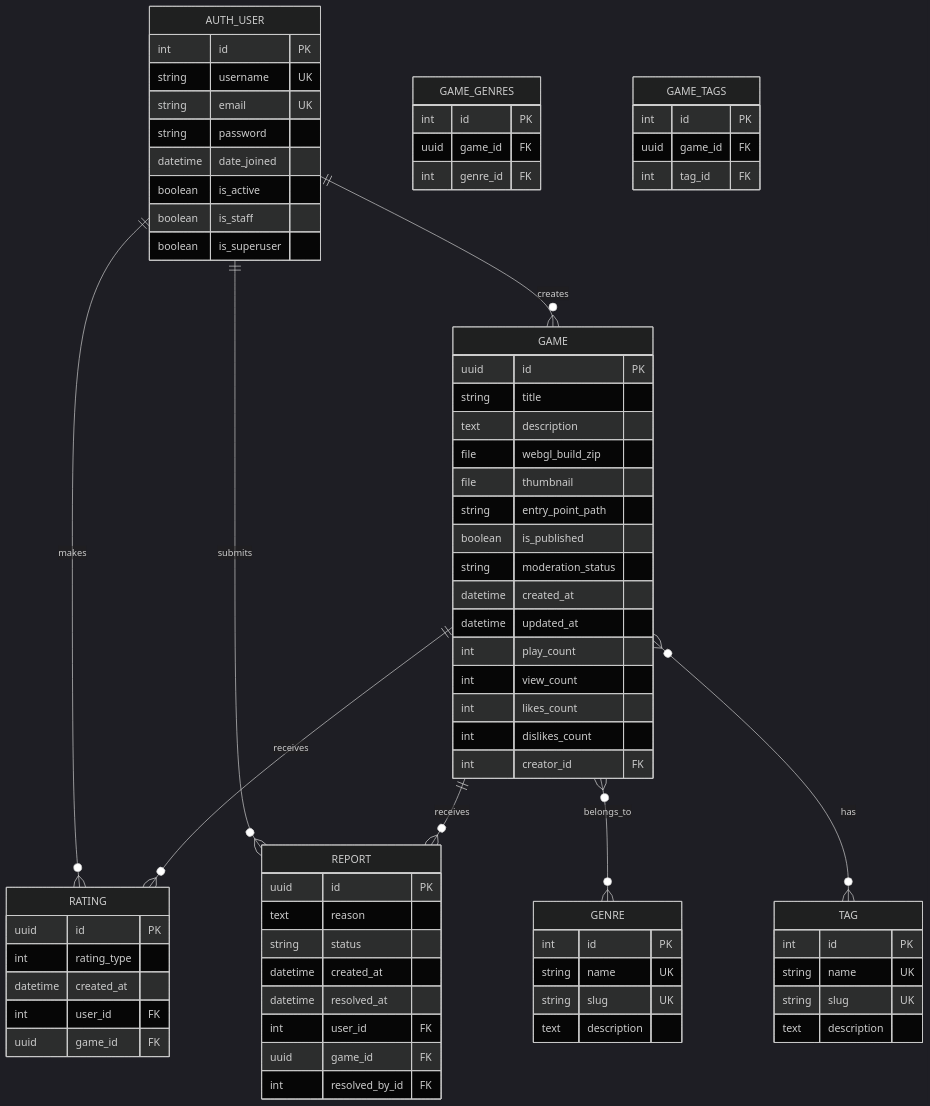
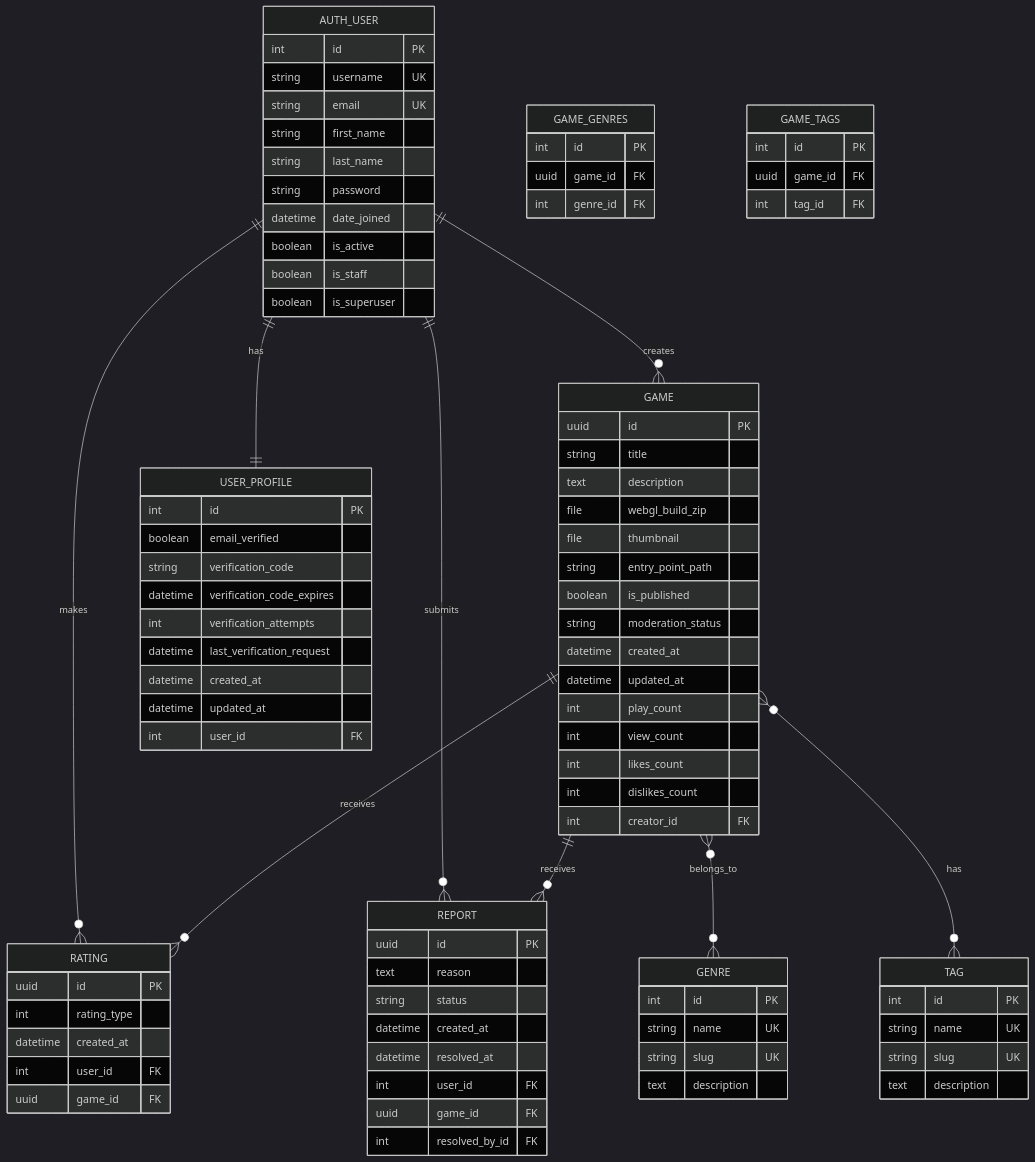
One commit to Enesevki/BRIDG changed the tenth of 15 diagrams in UYGULAMA_MIMARISI.md. Above: the diagram before and after it, drawn with Mermaid (dark theme). The commit also changed other lines of this file and 1 other file, not shown here.

Commit message:
docs: Update UYGULAMA_MIMARISI.md for enhanced user registration v2.7.0

```diff
--- a/UYGULAMA_MIMARISI.md
+++ b/UYGULAMA_MIMARISI.md
@@ -1036,6 +1086,7 @@
     AUTH_USER ||--o{ GAME : creates
     AUTH_USER ||--o{ RATING : makes
     AUTH_USER ||--o{ REPORT : submits
+    AUTH_USER ||--|| USER_PROFILE : has
     GAME ||--o{ RATING : receives
     GAME ||--o{ REPORT : receives
     GAME }o--o{ GENRE : belongs_to
@@ -1045,11 +1096,25 @@
         int id PK
         string username UK
         string email UK
+        string first_name
+        string last_name
         string password
         datetime date_joined
         boolean is_active
         boolean is_staff
         boolean is_superuser
+    }
+    
+    USER_PROFILE {
+        int id PK
+        boolean email_verified
+        string verification_code
+        datetime verification_code_expires
+        int verification_attempts
+        datetime last_verification_request
+        datetime created_at
+        datetime updated_at
+        int user_id FK
     }
     
     GAME {
```
